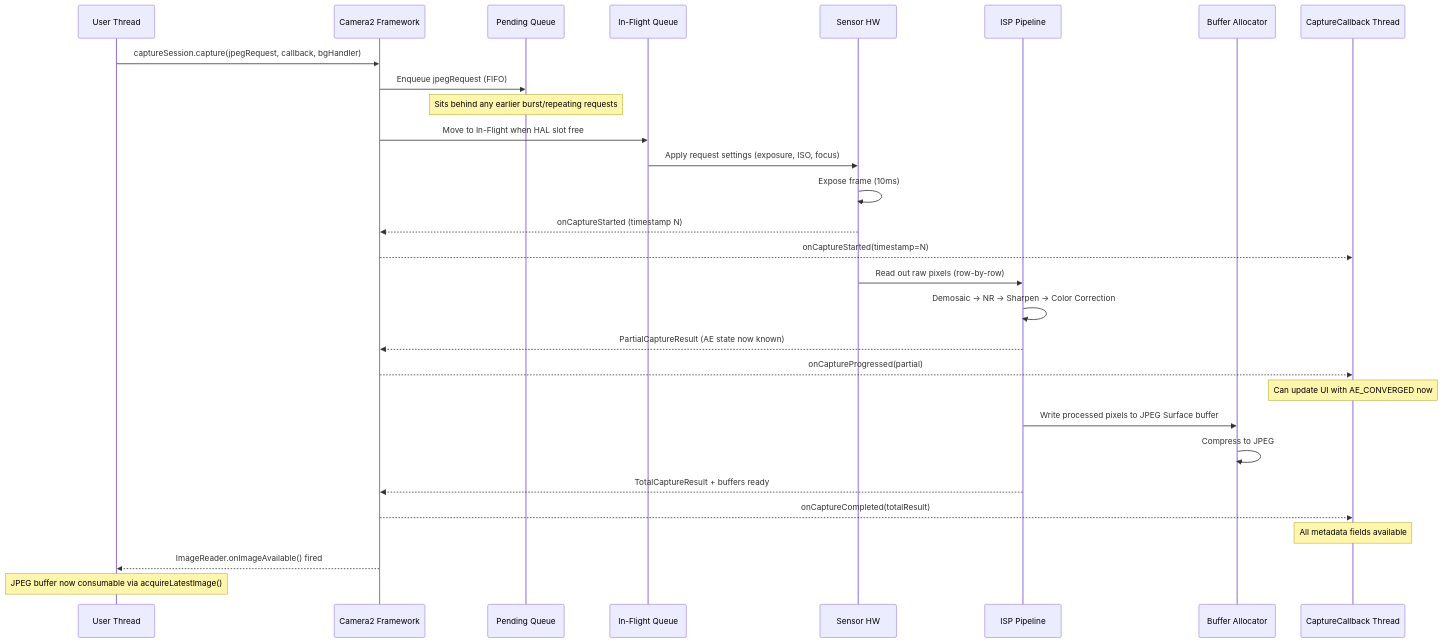
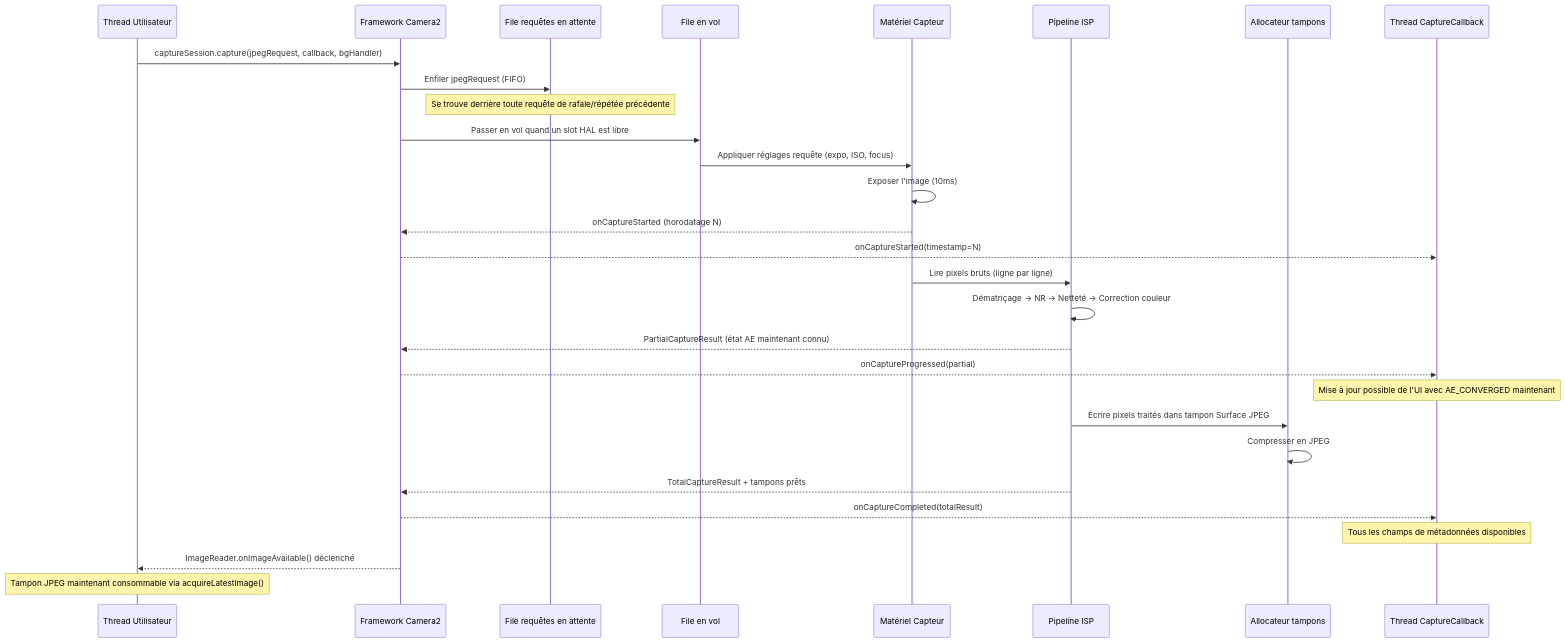
The fourth of 4 diagrams in website/i18n/fr/docusaurus-plugin-content-docs/current/camera2/the-camera2-pipeline.md (zoozooll/AndroidCameraParameters), drawn with Mermaid before and after one commit. The commit also changed other lines of this file and 378 other files, not shown here.

````diff
--- a/website/i18n/fr/docusaurus-plugin-content-docs/current/camera2/the-camera2-pipeline.md
+++ b/website/i18n/fr/docusaurus-plugin-content-docs/current/camera2/the-camera2-pipeline.md
@@ -381,35 +381,35 @@
 ```mermaid
 sequenceDiagram
-    participant User as User Thread
-    participant Cam as Camera2 Framework
-    participant Pend as Pending Queue
-    participant Inflight as In-Flight Queue
-    participant Sensor as Sensor HW
-    participant ISP as ISP Pipeline
-    participant Buffers as Buffer Allocator
-    participant CB as CaptureCallback Thread
+    participant User as Thread Utilisateur
+    participant Cam as Framework Camera2
+    participant Pend as File requêtes en attente
+    participant Inflight as File en vol
+    participant Sensor as Matériel Capteur
+    participant ISP as Pipeline ISP
+    participant Buffers as Allocateur tampons
+    participant CB as Thread CaptureCallback
 
     User->>Cam: captureSession.capture(jpegRequest, callback, bgHandler)
-    Cam->>Pend: Enqueue jpegRequest (FIFO)
-    Note over Pend: Sits behind any earlier burst/repeating requests
+    Cam->>Pend: Enfiler jpegRequest (FIFO)
+    Note over Pend: Se trouve derrière toute requête de rafale/répétée précédente
 
-    Cam->>Inflight: Move to In-Flight when HAL slot free
-    Inflight->>Sensor: Apply request settings (exposure, ISO, focus)
-    Sensor->>Sensor: Expose frame (10ms)
-    Sensor-->>Cam: onCaptureStarted (timestamp N)
+    Cam->>Inflight: Passer en vol quand un slot HAL est libre
+    Inflight->>Sensor: Appliquer réglages requête (expo, ISO, focus)
+    Sensor->>Sensor: Exposer l'image (10ms)
+    Sensor-->>Cam: onCaptureStarted (horodatage N)
     Cam-->>CB: onCaptureStarted(timestamp=N)
 
-    Sensor->>ISP: Read out raw pixels (row-by-row)
-    ISP->>ISP: Demosaic → NR → Sharpen → Color Correction
-    ISP-->>Cam: PartialCaptureResult (AE state now known)
+    Sensor->>ISP: Lire pixels bruts (ligne par ligne)
+    ISP->>ISP: Dématriçage → NR → Netteté → Correction couleur
+    ISP-->>Cam: PartialCaptureResult (état AE maintenant connu)
     Cam-->>CB: onCaptureProgressed(partial)
-    Note over CB: Can update UI with AE_CONVERGED now
+    Note over CB: Mise à jour possible de l'UI avec AE_CONVERGED maintenant
 
-    ISP->>Buffers: Write processed pixels to JPEG Surface buffer
-    Buffers->>Buffers: Compress to JPEG
-    ISP-->>Cam: TotalCaptureResult + buffers ready
+    ISP->>Buffers: Écrire pixels traités dans tampon Surface JPEG
+    Buffers->>Buffers: Compresser en JPEG
+    ISP-->>Cam: TotalCaptureResult + tampons prêts
     Cam-->>CB: onCaptureCompleted(totalResult)
-    Note over CB: All metadata fields available
-    Cam-->>User: ImageReader.onImageAvailable() fired
-    Note over User: JPEG buffer now consumable via acquireLatestImage()
+    Note over CB: Tous les champs de métadonnées disponibles
+    Cam-->>User: ImageReader.onImageAvailable() déclenché
+    Note over User: Tampon JPEG maintenant consommable via acquireLatestImage()
 ```
````
